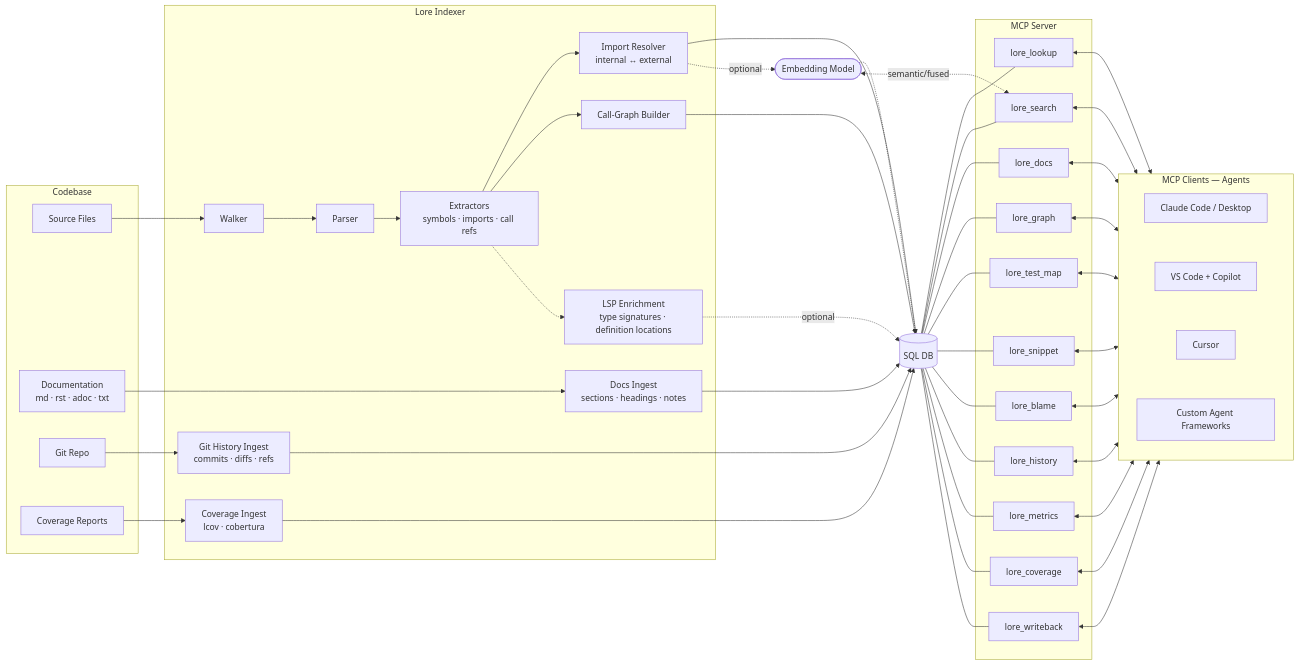
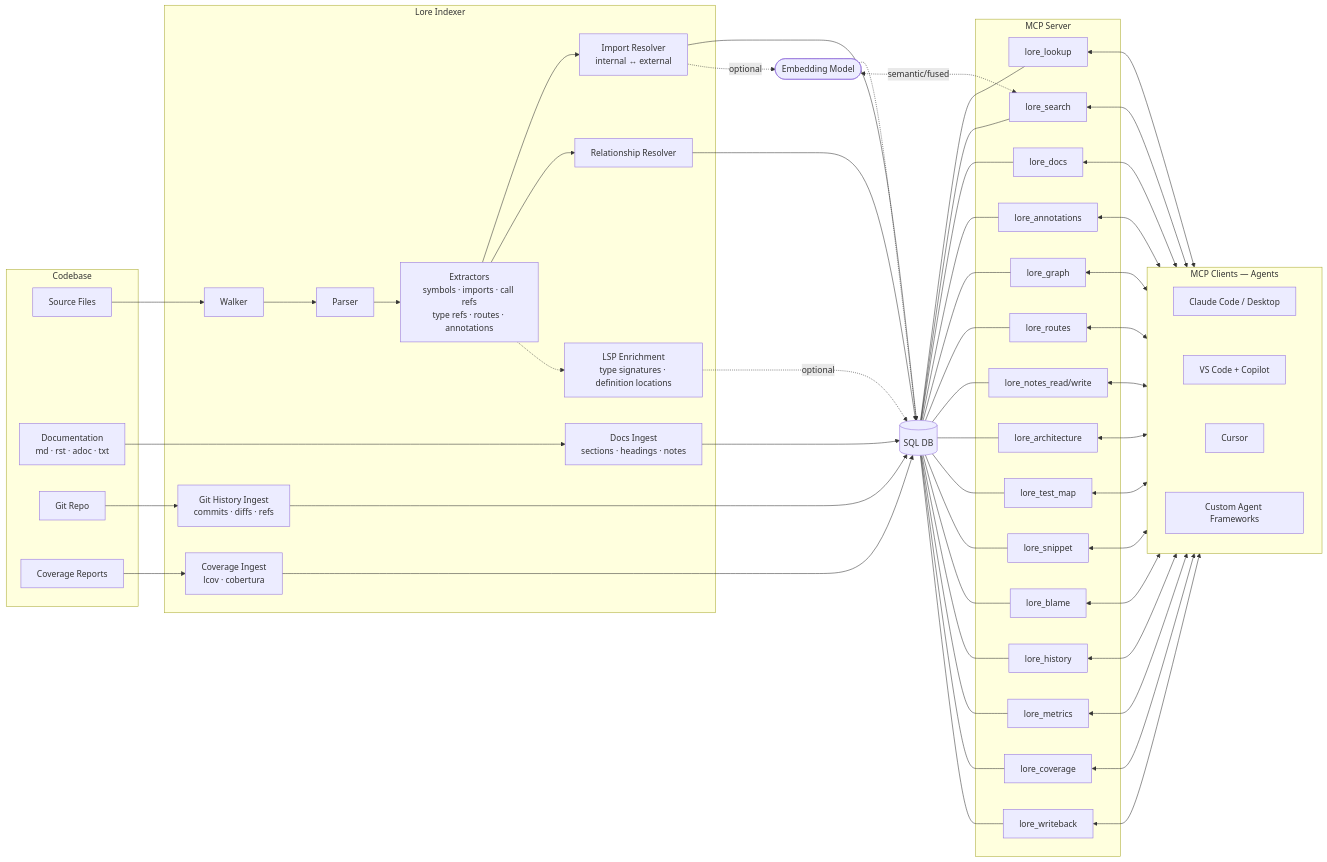
One commit to jafreck/Lore changed the diagram in README.md. Above: the diagram before and after it, drawn with Mermaid. The commit also changed other lines of this file and 1 other file, not shown here.

Commit message:
docs(readme): sync main docs on release branch (#130)

````diff
--- a/README.md
+++ b/README.md
@@ -28,59 +29,63 @@
 ```mermaid
 flowchart LR
     subgraph Codebase
         SRC[Source Files]
         DOCS[Documentation<br/>md · rst · adoc · txt]
         GIT[Git Repo]
         COV[Coverage Reports]
     end
 
     subgraph Lore Indexer
-        WALK[Walker] --> PARSE[Parser] --> EXTRACT[Extractors<br/>symbols · imports · call refs]
+      WALK[Walker] --> PARSE[Parser] --> EXTRACT[Extractors<br/>symbols · imports · call refs<br/>type refs · routes · annotations]
         EXTRACT --> RESOLVE[Import Resolver<br/>internal ↔ external]
-        EXTRACT --> CALLGRAPH[Call-Graph Builder]
+      EXTRACT --> CALLGRAPH[Relationship Resolver]
         EXTRACT -.-> LSPENRICH[LSP Enrichment<br/>type signatures · definition locations]
         DOCSINGEST[Docs Ingest<br/>sections · headings · notes]
         GITHIST[Git History Ingest<br/>commits · diffs · refs]
         COVINGEST[Coverage Ingest<br/>lcov · cobertura]
     end
 
     DB[(SQL DB)]
     EMBED([Embedding Model])
 
     subgraph MCP Server
         LOOKUP[lore_lookup]
         SEARCH[lore_search]
         DOCS_TOOL[lore_docs]
+      ANNOT[lore_annotations]
         GRAPH[lore_graph]
+      ROUTES[lore_routes]
+      NOTES[lore_notes_read/write]
+      ARCH[lore_architecture]
         TESTMAP[lore_test_map]
         SNIPPET[lore_snippet]
         BLAME[lore_blame]
         HISTORY[lore_history]
         METRICS[lore_metrics]
         COVERAGE[lore_coverage]
         WRITEBACK[lore_writeback]
     end
 
     subgraph MCP_CLIENTS[MCP Clients — Agents]
         CLAUDE_CODE[Claude Code / Desktop]
         COPILOT[VS Code + Copilot]
         CURSOR[Cursor]
         CUSTOM[Custom Agent Frameworks]
         CLAUDE_CODE ~~~ COPILOT ~~~ CURSOR ~~~ CUSTOM
     end
 
     SRC --> WALK
     DOCS --> DOCSINGEST --> DB
     GIT --> GITHIST --> DB
     COV --> COVINGEST --> DB
 
     RESOLVE & CALLGRAPH --> DB
     LSPENRICH -.->|optional| DB
     RESOLVE -.->|optional| EMBED
     EMBED -.-> DB
 
-    DB --- LOOKUP & SEARCH & DOCS_TOOL & GRAPH & TESTMAP & SNIPPET & BLAME & HISTORY & METRICS & COVERAGE & WRITEBACK
+    DB --- LOOKUP & SEARCH & DOCS_TOOL & ANNOT & GRAPH & ROUTES & NOTES & ARCH & TESTMAP & SNIPPET & BLAME & HISTORY & METRICS & COVERAGE & WRITEBACK
     EMBED <-.->|semantic/fused| SEARCH
 
-    LOOKUP & SEARCH & DOCS_TOOL & GRAPH & TESTMAP & SNIPPET & BLAME & HISTORY & METRICS & COVERAGE & WRITEBACK <--> MCP_CLIENTS
+    LOOKUP & SEARCH & DOCS_TOOL & ANNOT & GRAPH & ROUTES & NOTES & ARCH & TESTMAP & SNIPPET & BLAME & HISTORY & METRICS & COVERAGE & WRITEBACK <--> MCP_CLIENTS
 ```
````
